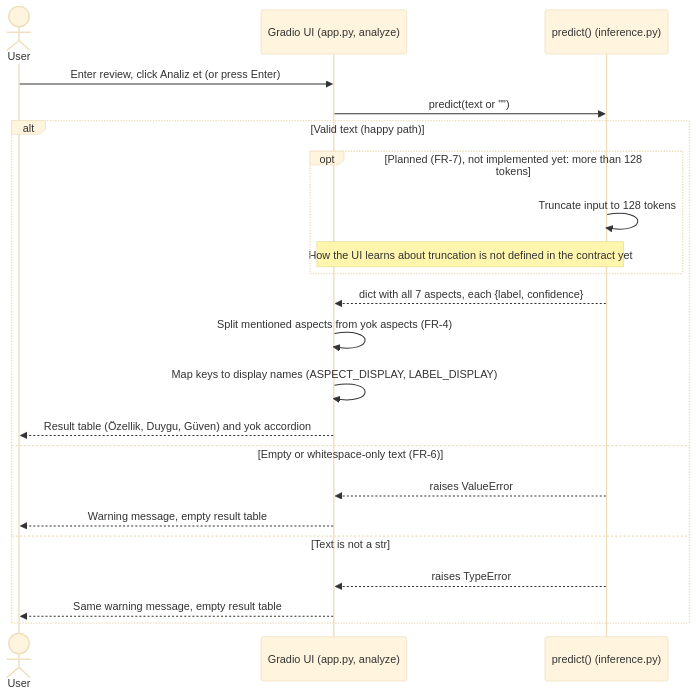
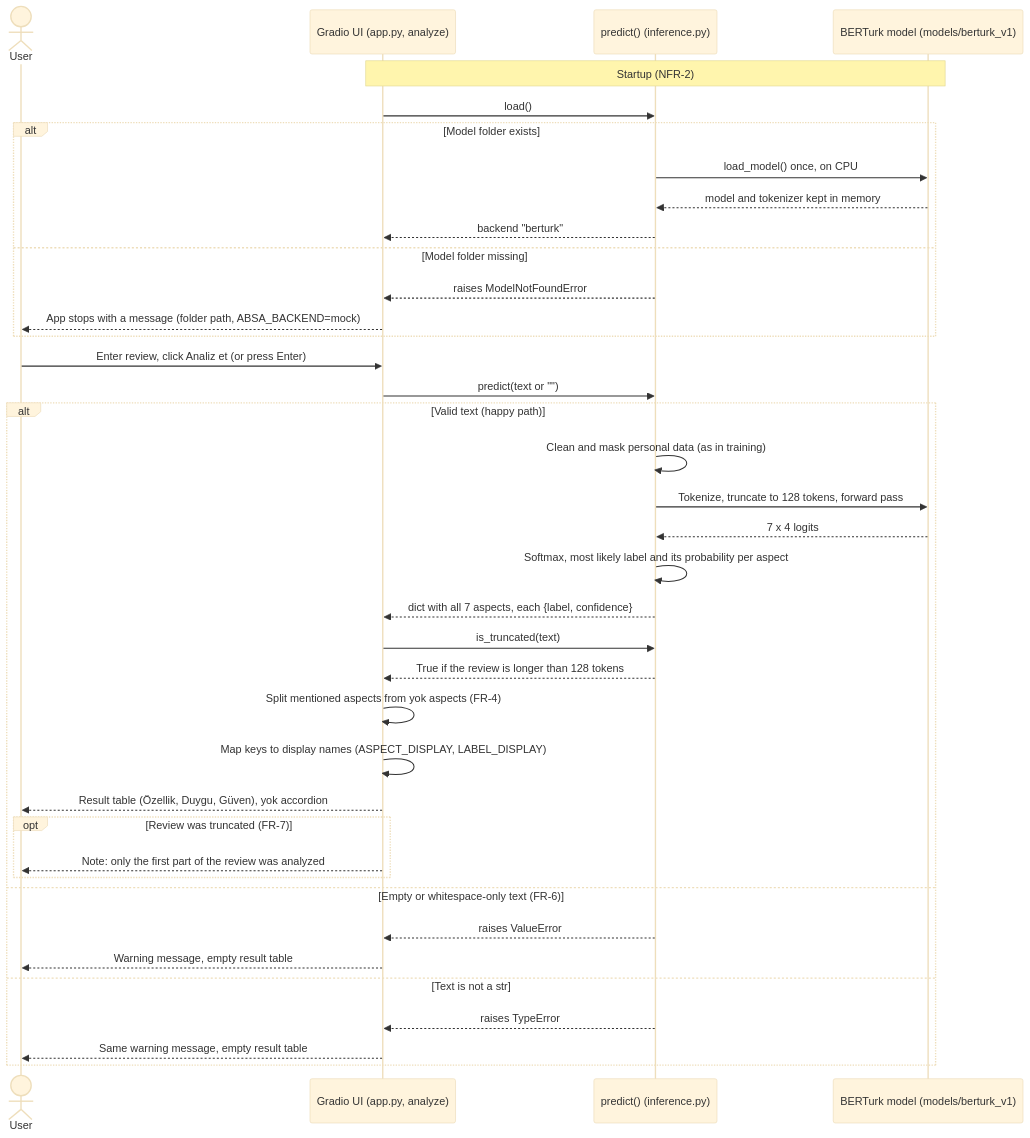
Before and after one commit to ozananr/turkish-product-absa: the diagram in docs/design/src/sequence.mmd, drawn with Mermaid (base theme). The commit also changed 10 other files, not shown here.

```diff
--- a/docs/design/src/sequence.mmd
+++ b/docs/design/src/sequence.mmd
@@ -1,24 +1,41 @@
 sequenceDiagram
     actor U as User
     participant UI as Gradio UI (app.py, analyze)
     participant P as predict() (inference.py)
+    participant M as BERTurk model (models/berturk_v1)
+
+    Note over UI,M: Startup (NFR-2)
+    UI->>P: load()
+    alt Model folder exists
+        P->>M: load_model() once, on CPU
+        M-->>P: model and tokenizer kept in memory
+        P-->>UI: backend "berturk"
+    else Model folder missing
+        P-->>UI: raises ModelNotFoundError
+        UI-->>U: App stops with a message (folder path, ABSA_BACKEND=mock)
+    end
 
     U->>UI: Enter review, click Analiz et (or press Enter)
     UI->>P: predict(text or "")
 
     alt Valid text (happy path)
-        opt Planned (FR-7), not implemented yet: more than 128 tokens
-            P->>P: Truncate input to 128 tokens
-            Note over P,UI: How the UI learns about truncation is not defined in the contract yet
-        end
+        P->>P: Clean and mask personal data (as in training)
+        P->>M: Tokenize, truncate to 128 tokens, forward pass
+        M-->>P: 7 x 4 logits
+        P->>P: Softmax, most likely label and its probability per aspect
         P-->>UI: dict with all 7 aspects, each {label, confidence}
+        UI->>P: is_truncated(text)
+        P-->>UI: True if the review is longer than 128 tokens
         UI->>UI: Split mentioned aspects from yok aspects (FR-4)
         UI->>UI: Map keys to display names (ASPECT_DISPLAY, LABEL_DISPLAY)
-        UI-->>U: Result table (Özellik, Duygu, Güven) and yok accordion
+        UI-->>U: Result table (Özellik, Duygu, Güven), yok accordion
+        opt Review was truncated (FR-7)
+            UI-->>U: Note: only the first part of the review was analyzed
+        end
     else Empty or whitespace-only text (FR-6)
         P-->>UI: raises ValueError
         UI-->>U: Warning message, empty result table
     else Text is not a str
         P-->>UI: raises TypeError
         UI-->>U: Same warning message, empty result table
     end
```
